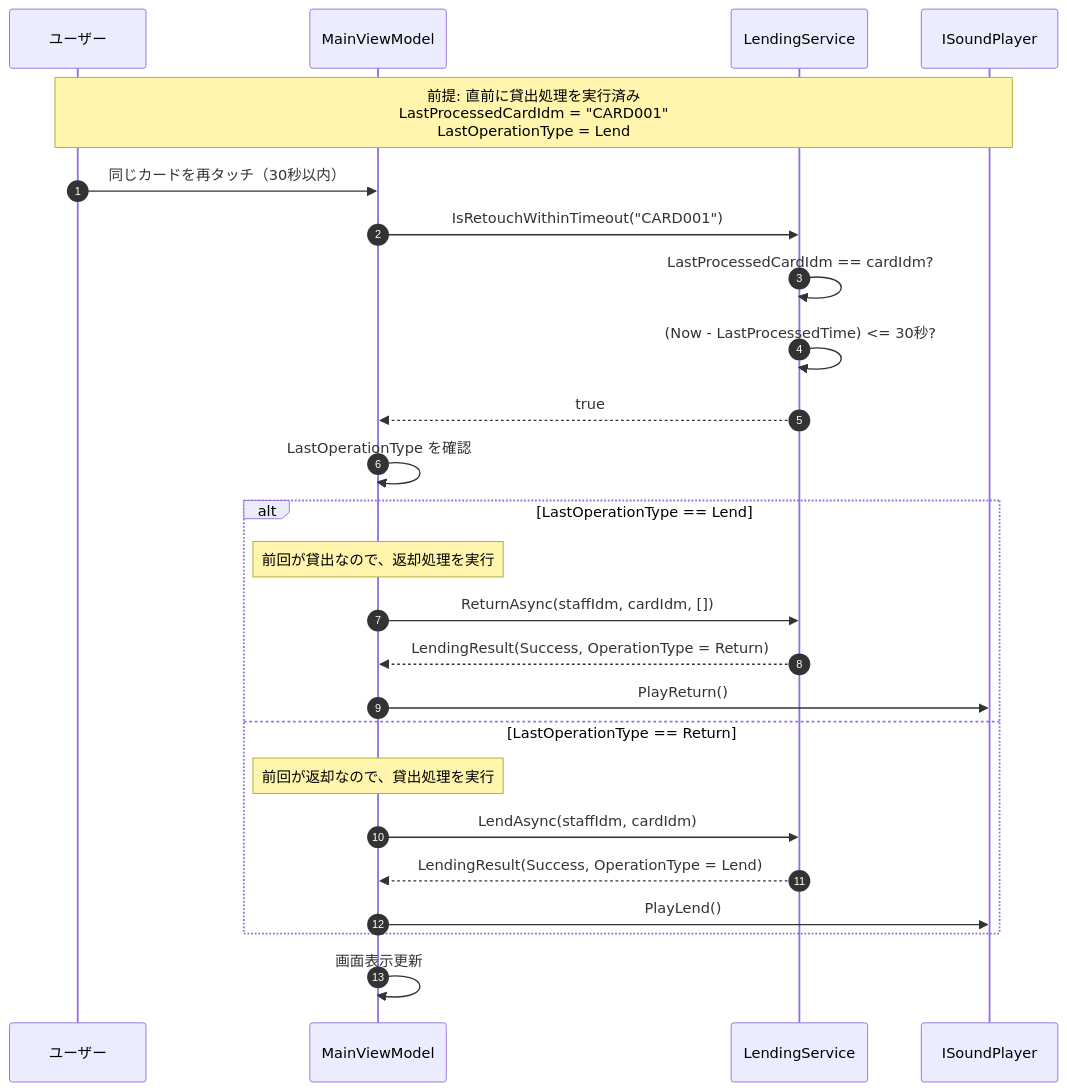
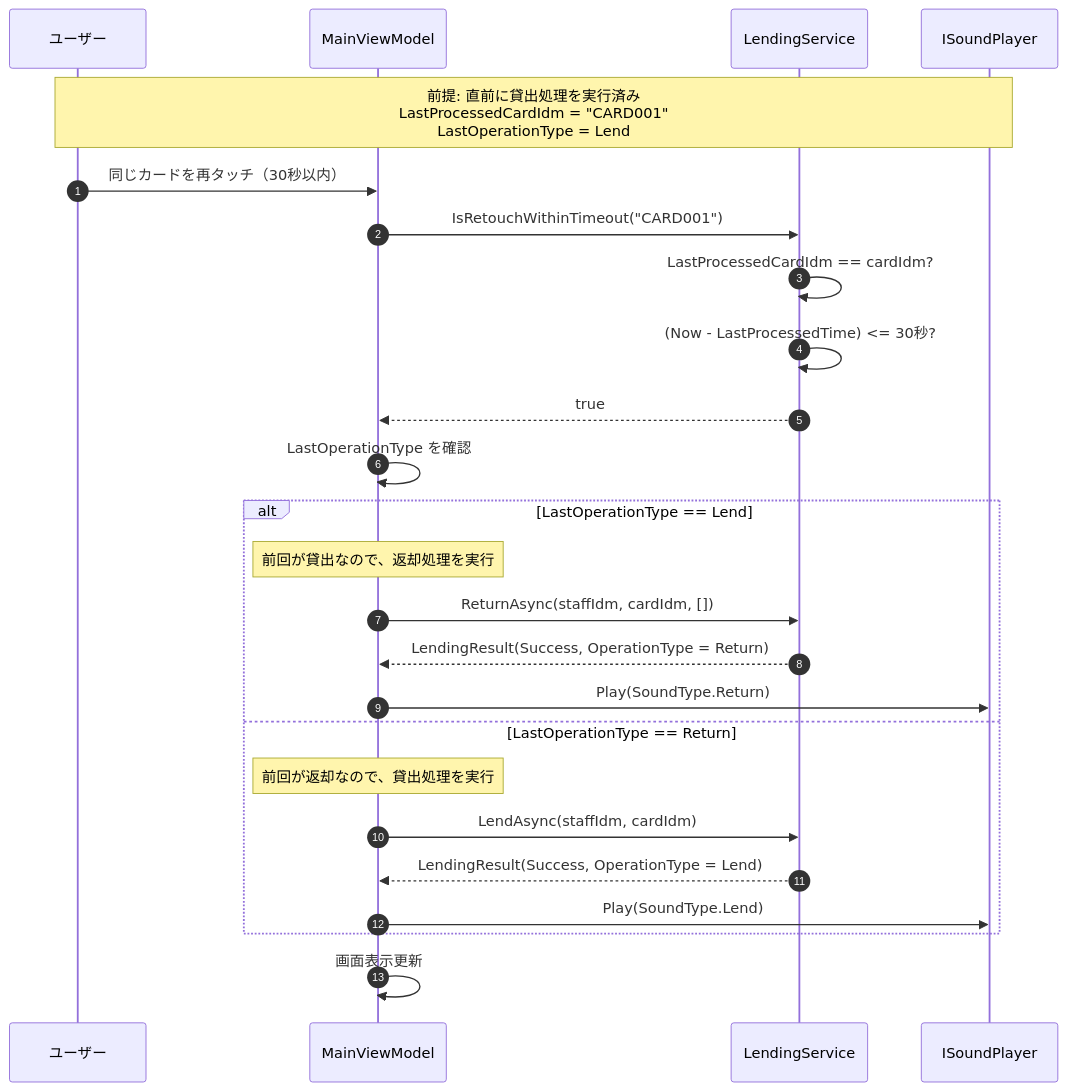
One commit to kuwayamamasayuki/ICCardManager changed the fifth of 14 diagrams in ICCardManager/docs/design/06_シーケンス図.md. Above: the diagram before and after it, drawn with Mermaid. The commit also changed other lines of this file, not shown here.

First line of the commit message:
docs: 06_シーケンス図を実装へ整合（サウンドAPI・バックアップ手段・用語）（ドリフト監査 D1/D9） (#1644)

````diff
--- a/ICCardManager/docs/design/06_シーケンス図.md
+++ b/ICCardManager/docs/design/06_シーケンス図.md
@@ -310,33 +310,33 @@
 ```mermaid
 sequenceDiagram
     autonumber
     participant User as ユーザー
     participant VM as MainViewModel
     participant LS as LendingService
     participant Sound as ISoundPlayer
 
     Note over User,Sound: 前提: 直前に貸出処理を実行済み<br/>LastProcessedCardIdm = "CARD001"<br/>LastOperationType = Lend
 
     User->>VM: 同じカードを再タッチ（30秒以内）
 
     VM->>LS: IsRetouchWithinTimeout("CARD001")
     LS->>LS: LastProcessedCardIdm == cardIdm?
     LS->>LS: (Now - LastProcessedTime) <= 30秒?
     LS-->>VM: true
 
     VM->>VM: LastOperationType を確認
 
     alt LastOperationType == Lend
         Note over VM: 前回が貸出なので、返却処理を実行
         VM->>LS: ReturnAsync(staffIdm, cardIdm, [])
         LS-->>VM: LendingResult(Success, OperationType = Return)
-        VM->>Sound: PlayReturn()
+        VM->>Sound: Play(SoundType.Return)
     else LastOperationType == Return
         Note over VM: 前回が返却なので、貸出処理を実行
         VM->>LS: LendAsync(staffIdm, cardIdm)
         LS-->>VM: LendingResult(Success, OperationType = Lend)
-        VM->>Sound: PlayLend()
+        VM->>Sound: Play(SoundType.Lend)
     end
 
     VM->>VM: 画面表示更新
 ```
````
